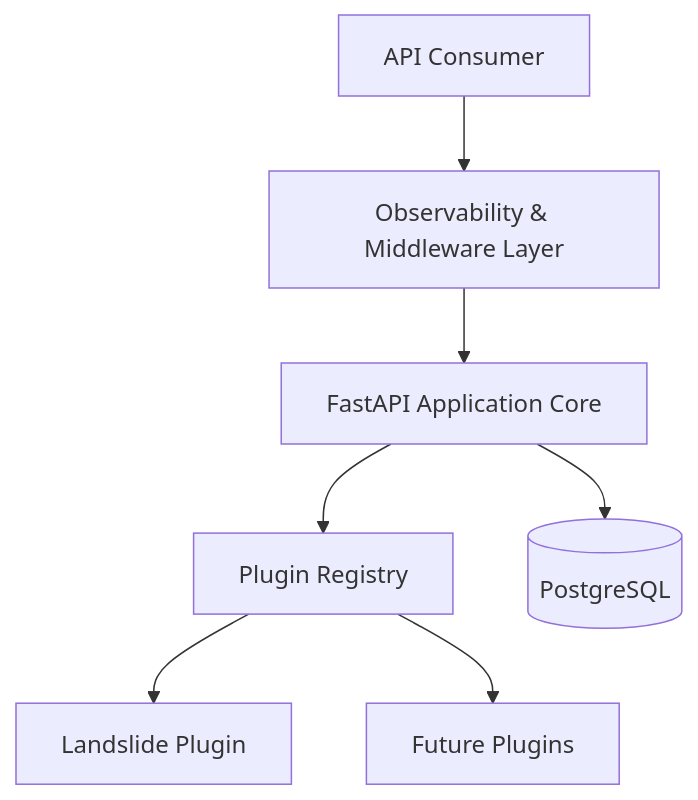
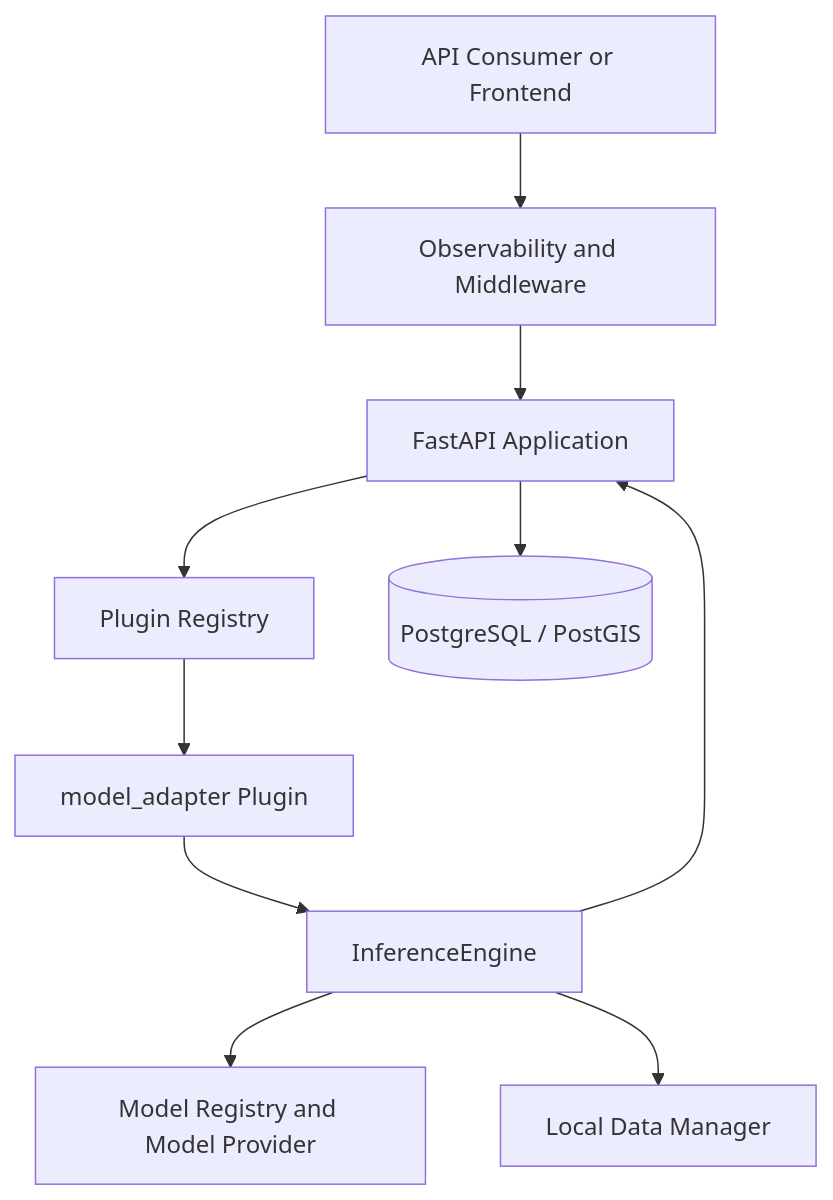
One commit to mohamadrahdan/GeoAI-Platform changed the diagram in docs/architecture.md. Above: the diagram before and after it, drawn with Mermaid. The commit also changed other lines of this file, not shown here.

Commit message:
docs: align architecture overview with current platform state

````diff
--- a/docs/architecture.md
+++ b/docs/architecture.md
@@ -27,26 +31,26 @@
 ```mermaid
-graph TD
-
-    Client[API Consumer]
-
-    Middleware[Observability & Middleware Layer]
-
-    Core[FastAPI Application Core]
-
+flowchart TD
+    Client[API Consumer or Frontend]
+    Middleware[Observability and Middleware]
+    API[FastAPI Application]
     Registry[Plugin Registry]
-
-    PluginA[Landslide Plugin]
-
-    PluginB[Future Plugins]
-
-    Storage[(PostgreSQL)]
+    Adapter[model_adapter Plugin]
+    Engine[InferenceEngine]
+    Models[Model Registry and Model Provider]
+    Storage[(PostgreSQL / PostGIS)]
+    Data[Local Data Manager]
 
     Client --> Middleware
-    Middleware --> Core
-    Core --> Registry
+    Middleware --> API
 
-    Registry --> PluginA
-    Registry --> PluginB
+    API --> Registry
+    API --> Storage
 
-    Core --> Storage
+    Registry --> Adapter
+    Adapter --> Engine
+
+    Engine --> Models
+    Engine --> Data
+
+    Engine --> API
 ```
````
